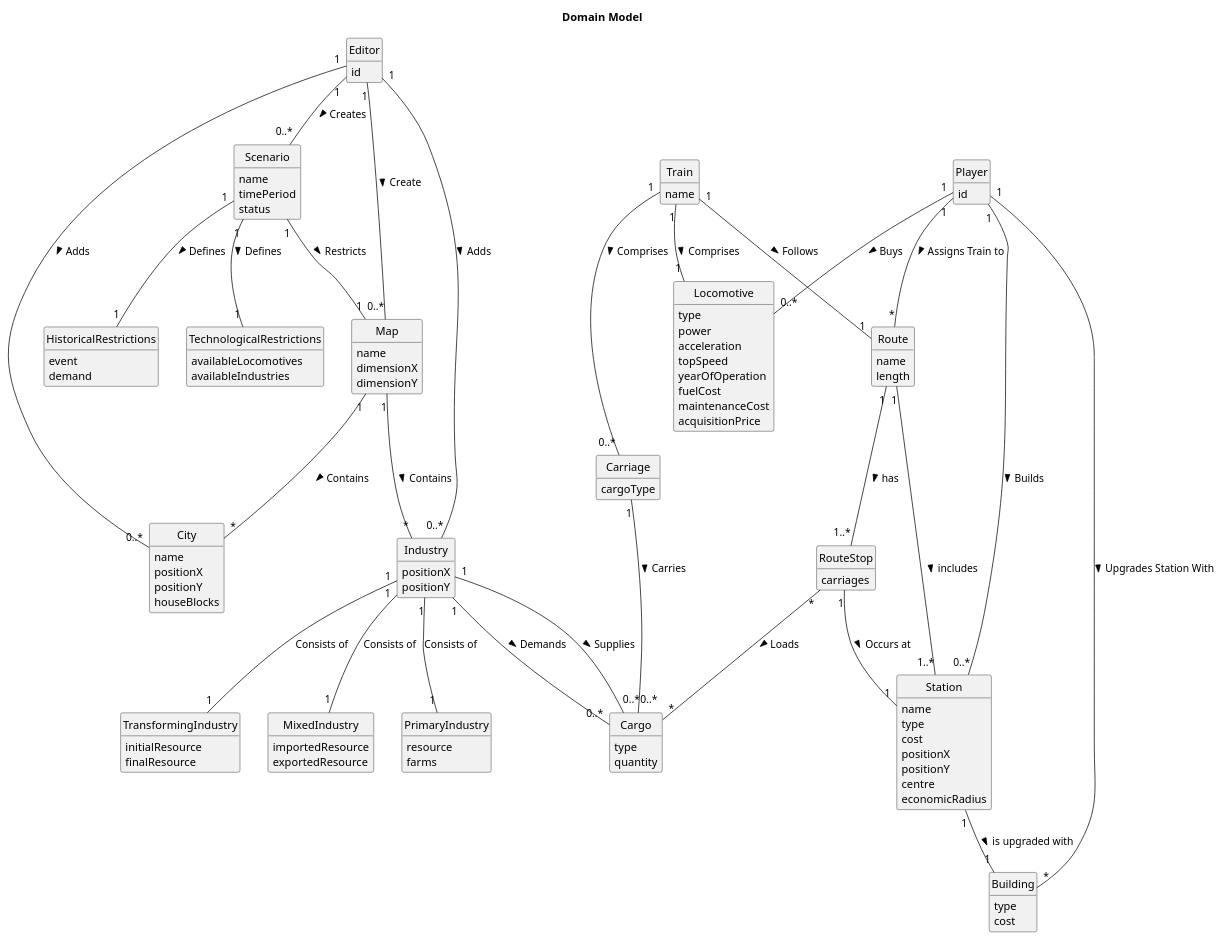
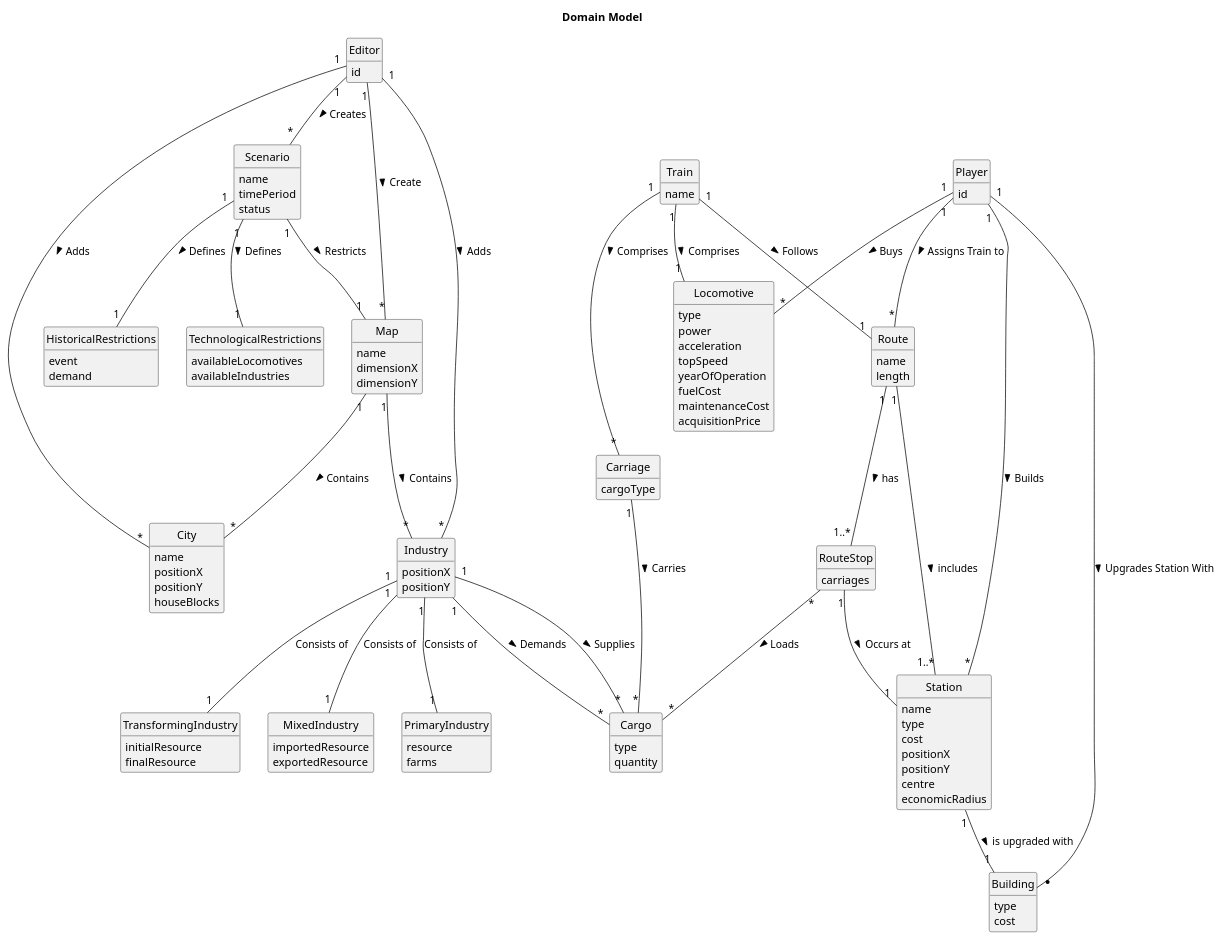
The diagram in docs/system-documentation/global-artifacts/02.analysis/puml/DM.puml (bruno-monteiro5/sem2-pi-24.25-g132-repo), drawn with PlantUML before and after one commit.

Commit message:
DM 0..* changed to *

```diff
--- a/docs/system-documentation/global-artifacts/02.analysis/puml/DM.puml
+++ b/docs/system-documentation/global-artifacts/02.analysis/puml/DM.puml
@@ -1,156 +1,156 @@
 @startuml
 skinparam monochrome true
 skinparam packageStyle rectangle
 skinparam shadowing false
 'skinparam linetype ortho
 'left to right direction
 skinparam classAttributeIconSize 0
 hide circle
 hide methods
 title Domain Model
 
 class Editor {
 id
 }
 
 class Map {
 name
 dimensionX
 dimensionY
  }
 
 class Scenario {
 name
 timePeriod
 status
 }
 
 class TechnologicalRestrictions {
 availableLocomotives
 availableIndustries
 }
 
 class HistoricalRestrictions {
 event
 demand
 }
 
 class City {
 name
 positionX
 positionY
 houseBlocks
 }
 
 class Industry {
 positionX
 positionY
 }
 
 class PrimaryIndustry {
     resource
     farms
 }
 
 class TransformingIndustry {
     initialResource
     finalResource
 }
 
 class MixedIndustry {
     importedResource
     exportedResource
 }
 
 class Player {
 id
 }
 
 class Station {
     name
     type
     cost
     positionX
     positionY
     centre
     economicRadius
 }
 
 class Train {
 name
 }
 
 class Locomotive {
 type
 power
 acceleration
 topSpeed
 yearOfOperation
 fuelCost
 maintenanceCost
 acquisitionPrice
 }
 
 class Route {
 name
 length
 }
 
 class RouteStop {
 carriages
 }
 
 class Cargo {
 type
 quantity
 }
 
 class Carriage {
 cargoType
 }
 
 class Building {
 type
 cost
 }
 
 
 
-Editor "1" -- "0..*" Map : Create >
-Editor "1" -- "0..*" Industry : Adds >
-Editor "1" -- "0..*" City : Adds >
-Editor "1" -- "0..*" Scenario : Creates >
+Editor "1" -- "*" Map : Create >
+Editor "1" -- "*" Industry : Adds >
+Editor "1" -- "*" City : Adds >
+Editor "1" -- "*" Scenario : Creates >
 
 Map "1" -- "*" Industry : Contains >
 Map "1" -- "*" City : Contains >
 
 Scenario "1" -- "1" Map : Restricts >
 Scenario "1" -- "1" TechnologicalRestrictions : Defines >
 Scenario "1" -- "1" HistoricalRestrictions : Defines >
 
 Industry "1" -- "1" PrimaryIndustry : Consists of
 Industry "1" -- "1" TransformingIndustry : Consists of
 Industry "1" -- "1" MixedIndustry : Consists of
-Industry "1" -- "0..*" Cargo : Demands >
-Industry "1" -- "0..*" Cargo : Supplies >
+Industry "1" -- "*" Cargo : Demands >
+Industry "1" -- "*" Cargo : Supplies >
 
-Player "1" -- "0..*" Station : Builds >
-Player "1" -- "0..*" Locomotive : Buys >
-Player "1" -- "*"  Building : Upgrades Station With >
+Player "1" -- "*" Station : Builds >
+Player "1" -- "*" Locomotive : Buys >
+Player "1" -- "*  "  Building : Upgrades Station With >
 Player "1" -- "*" Route : Assigns Train to >
 
 Train "1" -- "1" Locomotive : Comprises >
-Train "1" -- "0..*" Carriage : Comprises >
+Train "1" -- "*" Carriage : Comprises >
 Train "1" -- "1" Route : Follows >
 
-Carriage "1" -- "0..*" Cargo : Carries >
+Carriage "1" -- "*" Cargo : Carries >
 
 Route "1" -- "1..*" RouteStop : has >
 Route "1" -- "1..*" Station : includes >
 
 RouteStop "1" -- "1" Station : Occurs at >
 RouteStop "*" -- "*" Cargo : Loads >
 
 Station "1" -- "1" Building : is upgraded with >
 
 @enduml
```
